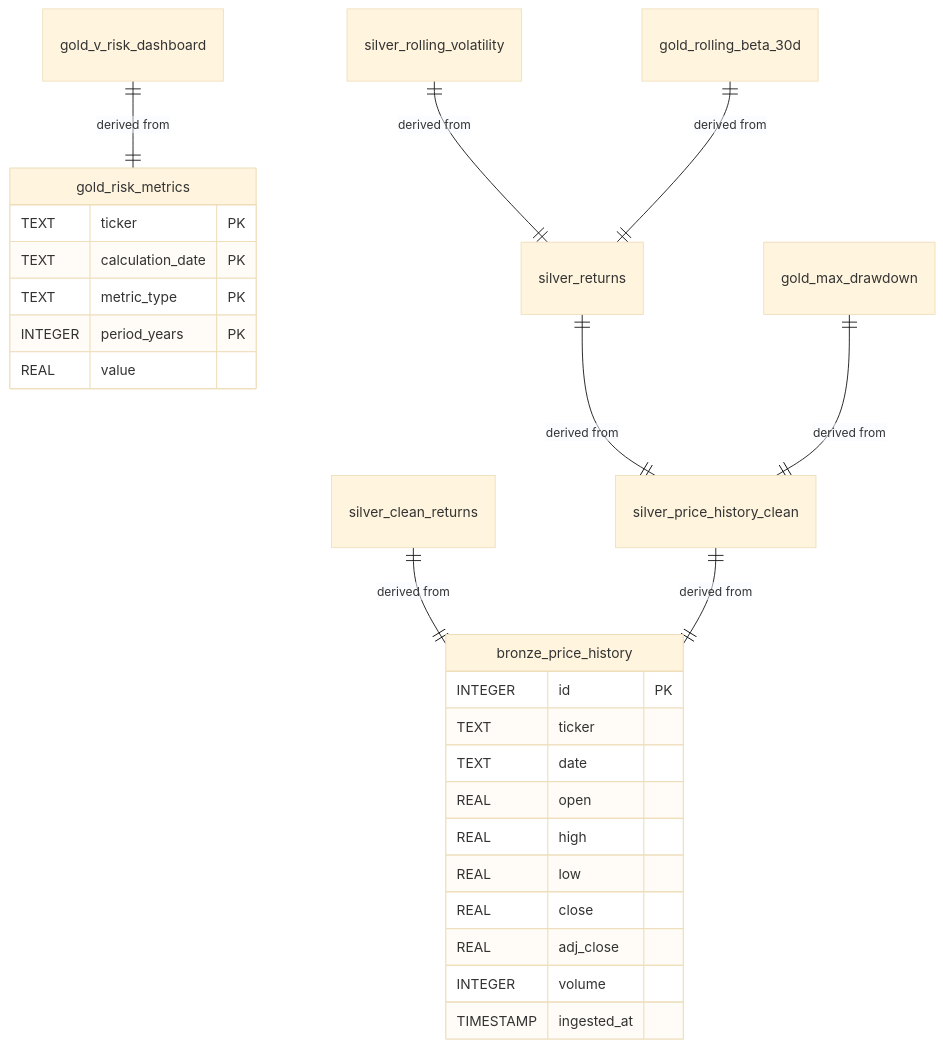
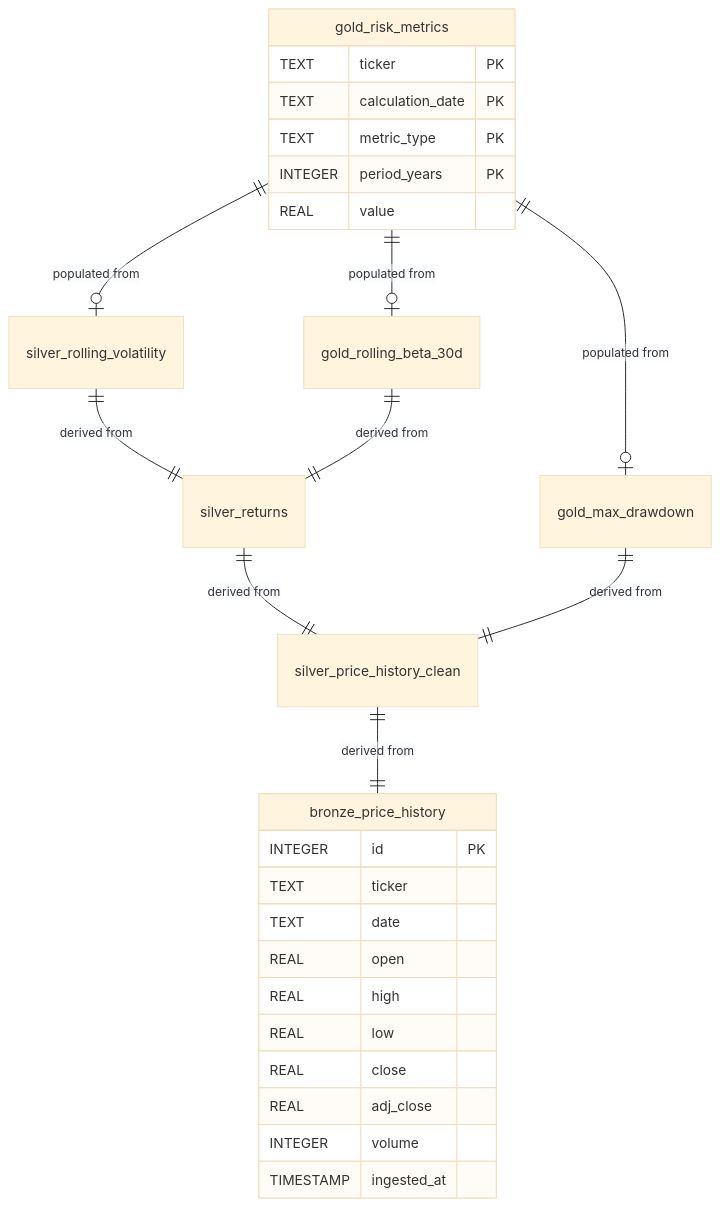
Before and after one commit to vrrgithub1/stock-risk-engine: the diagram in README.md, drawn with Mermaid (base theme). The commit also changed 3 other files, not shown here.

````diff
--- a/README.md
+++ b/README.md
@@ -174,31 +174,32 @@
 ```mermaid
 erDiagram
     bronze_price_history {
         INTEGER id PK
         TEXT ticker
         TEXT date
         REAL open
         REAL high
         REAL low
         REAL close
         REAL adj_close
         INTEGER volume
         TIMESTAMP ingested_at
     }
     
     gold_risk_metrics {
         TEXT ticker PK
         TEXT calculation_date PK
         TEXT metric_type PK
         INTEGER period_years PK
         REAL value
     }
     
-    silver_clean_returns ||--|| bronze_price_history : "derived from"
     silver_price_history_clean ||--|| bronze_price_history : "derived from"
     silver_returns ||--|| silver_price_history_clean : "derived from"
     silver_rolling_volatility ||--|| silver_returns : "derived from"
     gold_rolling_beta_30d ||--|| silver_returns : "derived from"
     gold_max_drawdown ||--|| silver_price_history_clean : "derived from"
-    gold_v_risk_dashboard ||--|| gold_risk_metrics : "derived from"
+    gold_risk_metrics ||--o| gold_rolling_beta_30d : "populated from"
+    gold_risk_metrics ||--o| gold_max_drawdown : "populated from"
+    gold_risk_metrics ||--o| silver_rolling_volatility : "populated from"
 ```
````
